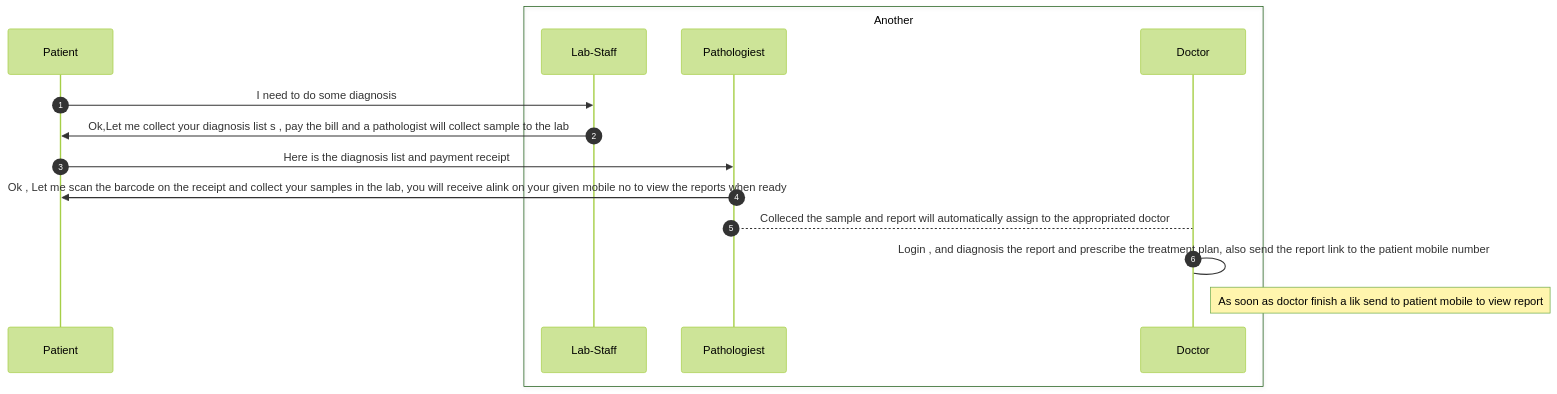
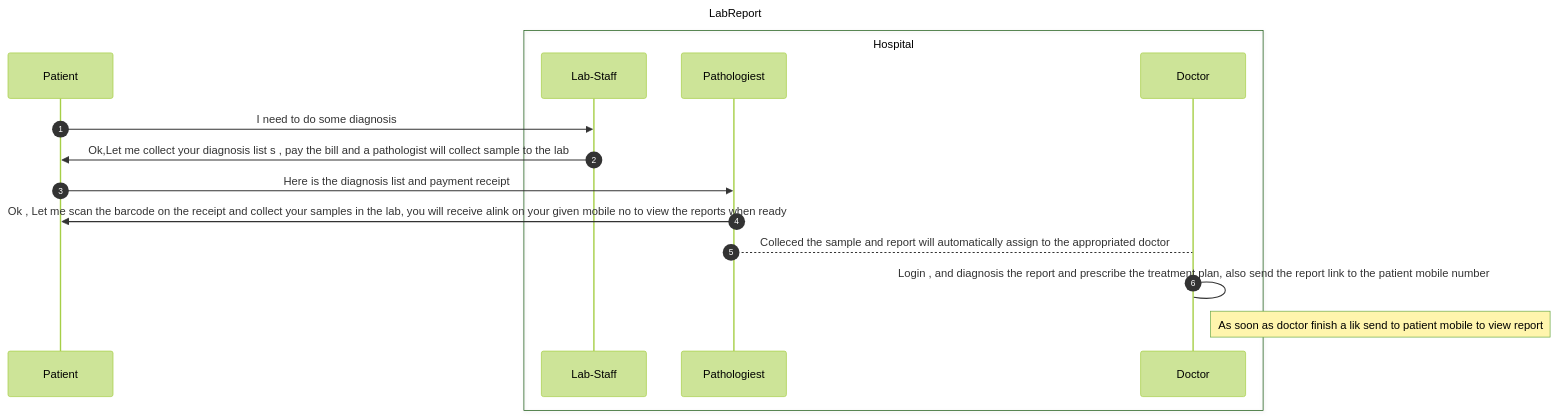
One commit to mfrony2003/LabReport changed the diagram in README.md. Above: the diagram before and after it, drawn with Mermaid (forest theme).

Commit message:
diagram update

````diff
--- a/README.md
+++ b/README.md
@@ -4,25 +4,31 @@
 ```mermaid
+
+
+
+
 sequenceDiagram
  autonumber
   participant   Patient
-  box Another
+  box Hospital
   participant   Lab-Staff
   participant   Pathologiest
   participant   Doctor
   end
+  title LabReport
+  
   Patient->>Lab-Staff: I need to do some diagnosis
 
   Lab-Staff->>Patient: Ok,Let me collect your diagnosis list s , pay the bill and a pathologist will collect sample to the lab
 
  Patient->>Pathologiest: Here is the diagnosis list and payment receipt 
-activate Pathologiest
+ activate Pathologiest
  Pathologiest->>Patient: Ok ,  Let me scan the barcode on the receipt and collect your samples in the lab, you will receive alink on your given mobile no to view the reports when ready 
 
  Pathologiest-->Doctor:Colleced the sample and report will automatically assign to the appropriated doctor
 
  Doctor->Doctor: Login , and diagnosis the report and prescribe the treatment plan, also send the report link to the patient mobile number
 
 Note right of Doctor: As soon as doctor finish a lik send to patient mobile to view report
 
 
 ```
````
